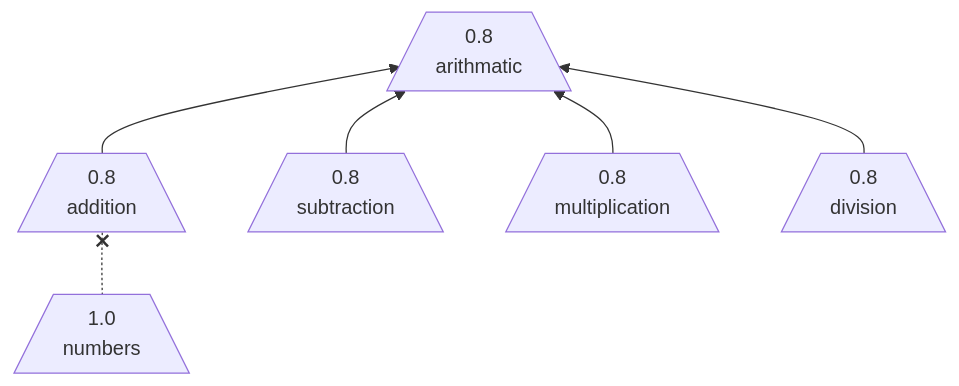
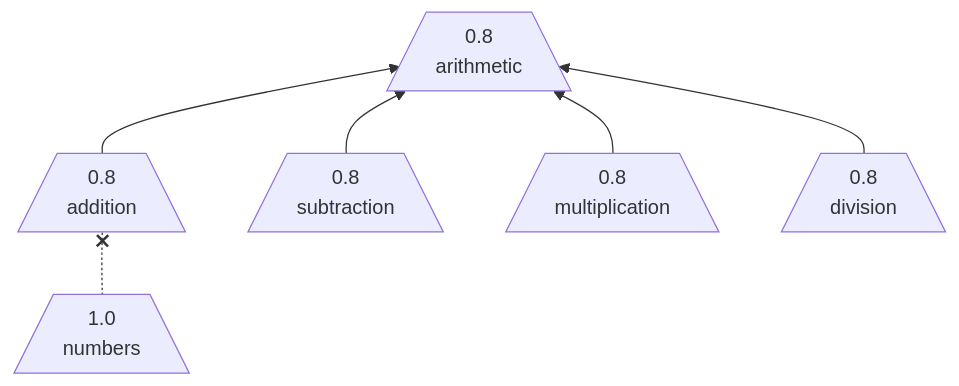
The second of 3 diagrams in specs/proficiency-score.md (openproficiency/model), drawn with Mermaid before and after one commit. The commit also changed other lines of this file and 4 other files, not shown here.

````diff
--- a/specs/proficiency-score.md
+++ b/specs/proficiency-score.md
@@ -46,11 +46,11 @@
 ```mermaid
 flowchart BT
-arithmatic[/0.8<br/>arithmatic\]
+arithmetic[/0.8<br/>arithmetic\]
 
-addition[/"0.8<br/>addition"\] --> arithmatic
-subtraction[/0.8<br/>subtraction\] --> arithmatic
-multiplication[/0.8<br/>multiplication\] --> arithmatic
-division[/0.8<br/>division\] --> arithmatic
+addition[/"0.8<br/>addition"\] --> arithmetic
+subtraction[/0.8<br/>subtraction\] --> arithmetic
+multiplication[/0.8<br/>multiplication\] --> arithmetic
+division[/0.8<br/>division\] --> arithmetic
 
 numbers[/1.0<br/>numbers\] -.-x addition
 ```
````
